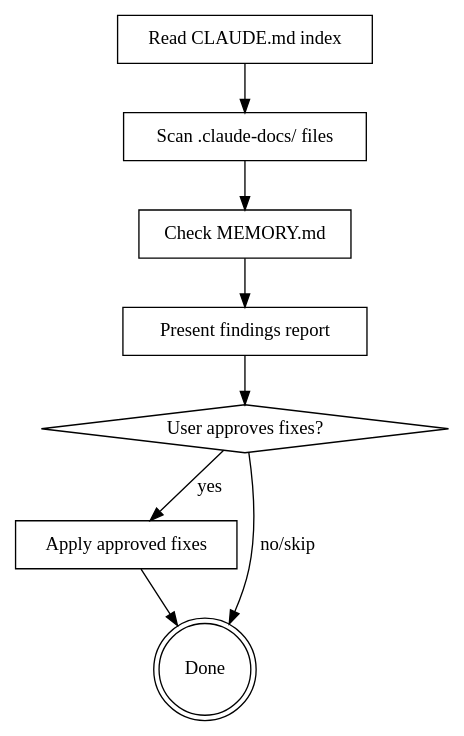
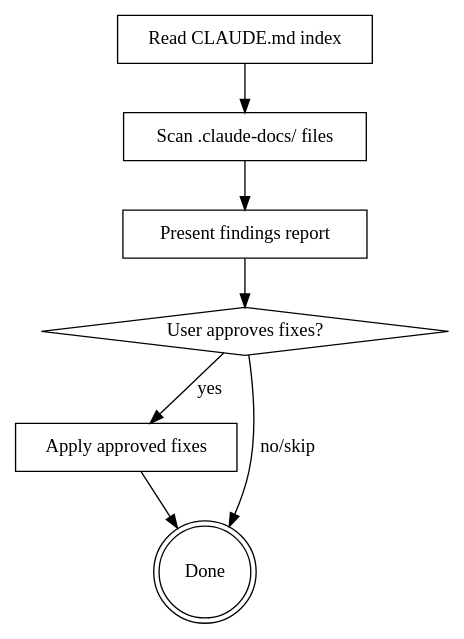
One commit to g-brodiei/project-memory changed the diagram in skills/review/SKILL.md. Above: the diagram before and after it, drawn with Graphviz. The commit also changed other lines of this file and 4 other files, not shown here.

````diff
--- a/skills/review/SKILL.md
+++ b/skills/review/SKILL.md
@@ -28,19 +27,17 @@
 ```dot
 digraph review {
     "Read CLAUDE.md index" [shape=box];
     "Scan .claude-docs/ files" [shape=box];
-    "Check MEMORY.md" [shape=box];
     "Present findings report" [shape=box];
     "User approves fixes?" [shape=diamond];
     "Apply approved fixes" [shape=box];
     "Done" [shape=doublecircle];
 
     "Read CLAUDE.md index" -> "Scan .claude-docs/ files";
-    "Scan .claude-docs/ files" -> "Check MEMORY.md";
-    "Check MEMORY.md" -> "Present findings report";
+    "Scan .claude-docs/ files" -> "Present findings report";
     "Present findings report" -> "User approves fixes?";
     "User approves fixes?" -> "Apply approved fixes" [label="yes"];
     "User approves fixes?" -> "Done" [label="no/skip"];
     "Apply approved fixes" -> "Done";
 }
 ```
````
